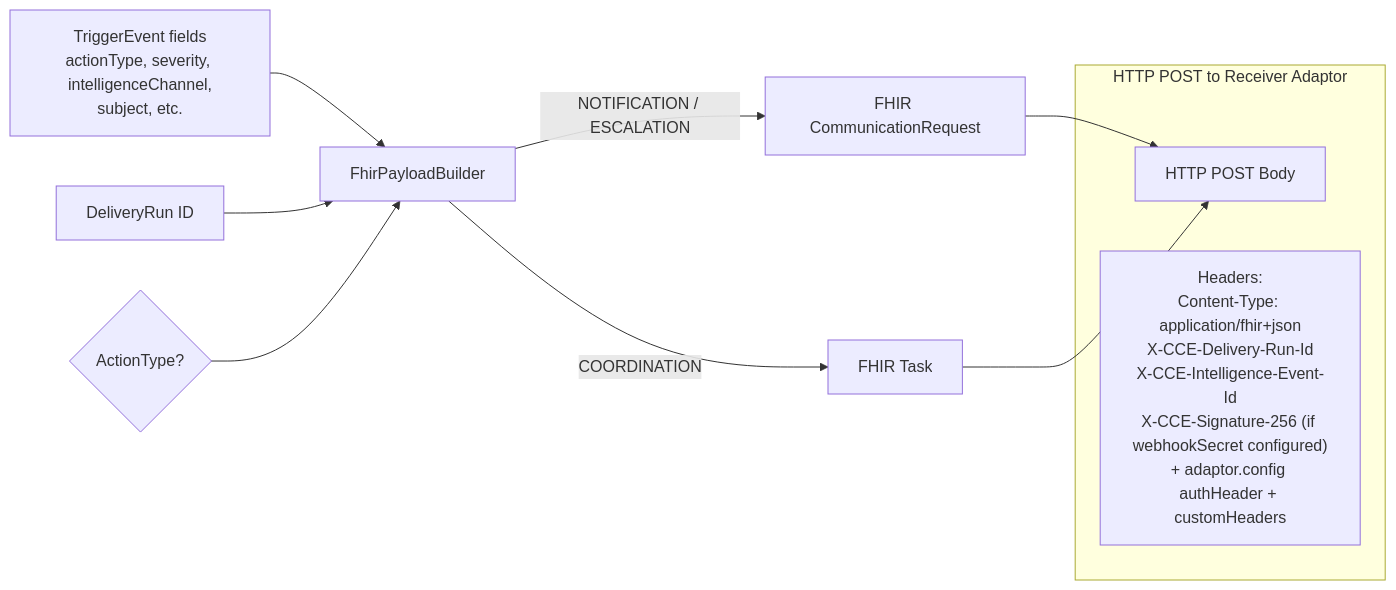
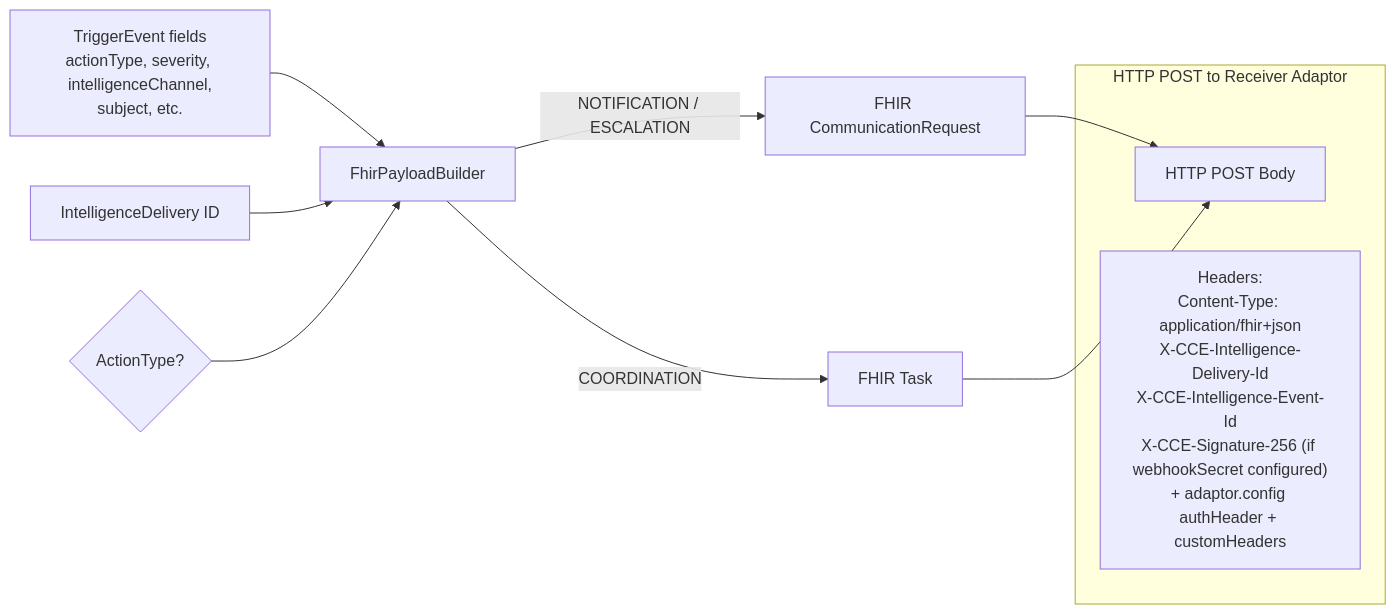
Before and after one commit to Jayaprakash8887/cce-intelligence-service: the seventh of 13 diagrams in docs/flow-diagrams.md, drawn with Mermaid. The commit also changed other lines of this file and 6 other files, not shown here.

First line of the commit message:
refactor: rename delivery_run and related entities to intelligence_delivery

````diff
--- a/docs/flow-diagrams.md
+++ b/docs/flow-diagrams.md
@@ -235,15 +235,15 @@
 ```mermaid
 flowchart LR
     TE["TriggerEvent fields<br/>actionType, severity, intelligenceChannel,<br/>subject, etc."] --> FB[FhirPayloadBuilder]
-    DRI["DeliveryRun ID"] --> FB
+    DRI["IntelligenceDelivery ID"] --> FB
     AT{"ActionType?"} --> FB
     FB -->|NOTIFICATION / ESCALATION| CR["FHIR CommunicationRequest"]
     FB -->|COORDINATION| TK["FHIR Task"]
     CR --> H[HTTP POST Body]
     TK --> H
 
     subgraph "HTTP POST to Receiver Adaptor"
         H
-        Headers["Headers:<br/>Content-Type: application/fhir+json<br/>X-CCE-Delivery-Run-Id<br/>X-CCE-Intelligence-Event-Id<br/>X-CCE-Signature-256 (if webhookSecret configured)<br/>+ adaptor.config authHeader + customHeaders"]
+        Headers["Headers:<br/>Content-Type: application/fhir+json<br/>X-CCE-Intelligence-Delivery-Id<br/>X-CCE-Intelligence-Event-Id<br/>X-CCE-Signature-256 (if webhookSecret configured)<br/>+ adaptor.config authHeader + customHeaders"]
     end
 ```
````
